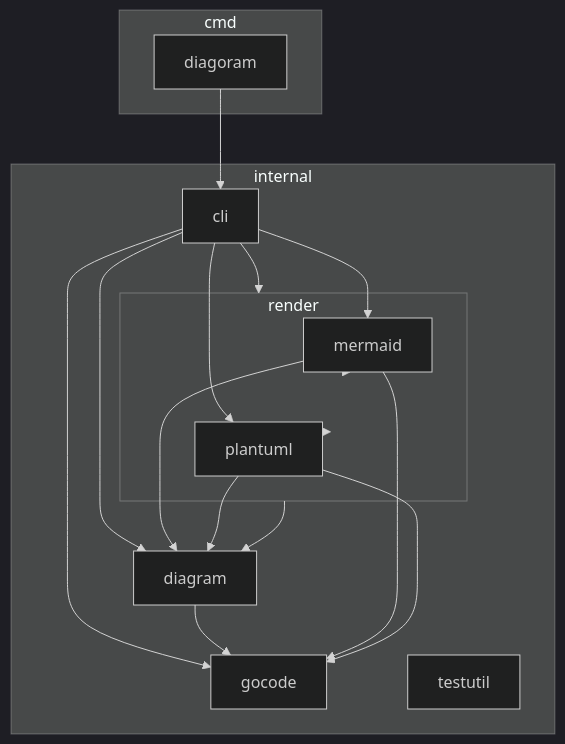
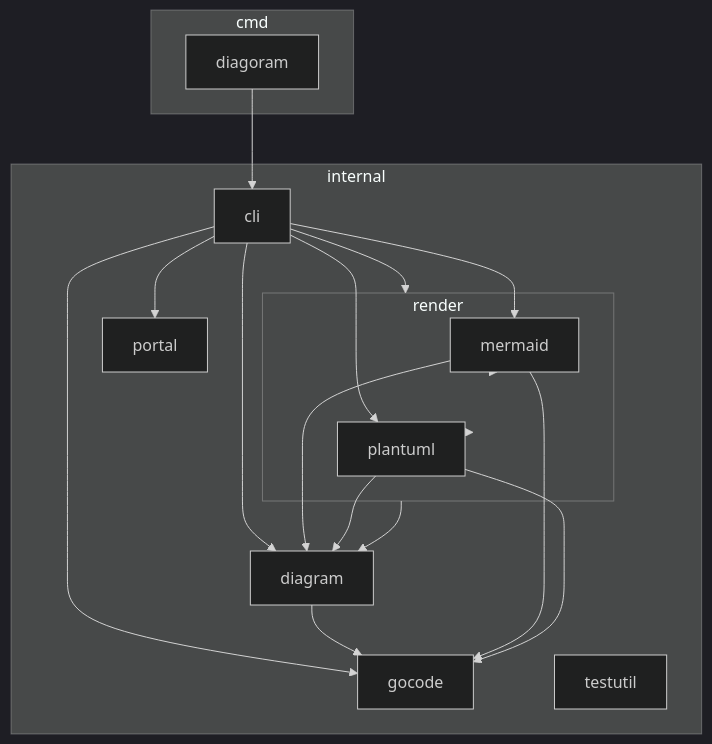
The second of 2 diagrams in README.md (shimabox/diagoram), drawn with Mermaid (dark theme) before and after one commit.

Commit message:
docs: refresh dogfooded package diagram to include internal/portal

````diff
--- a/README.md
+++ b/README.md
@@ -360,30 +360,32 @@
 ```mermaid
 flowchart TD
     subgraph cmd["cmd"]
         cmd_diagoram["diagoram"]
     end
     subgraph internal["internal"]
         internal_cli["cli"]
         internal_diagram["diagram"]
         internal_gocode["gocode"]
+        internal_portal["portal"]
         subgraph internal_render["render"]
             internal_render_mermaid["mermaid"]
             internal_render_plantuml["plantuml"]
         end
         internal_testutil["testutil"]
     end
     cmd_diagoram --> internal_cli
     internal_cli --> internal_diagram
     internal_cli --> internal_gocode
+    internal_cli --> internal_portal
     internal_cli --> internal_render
     internal_cli --> internal_render_mermaid
     internal_cli --> internal_render_plantuml
     internal_diagram --> internal_gocode
     internal_render --> internal_diagram
     internal_render_mermaid --> internal_diagram
     internal_render_mermaid --> internal_gocode
     internal_render_mermaid --> internal_render
     internal_render_plantuml --> internal_diagram
     internal_render_plantuml --> internal_gocode
     internal_render_plantuml --> internal_render
 ```
````
